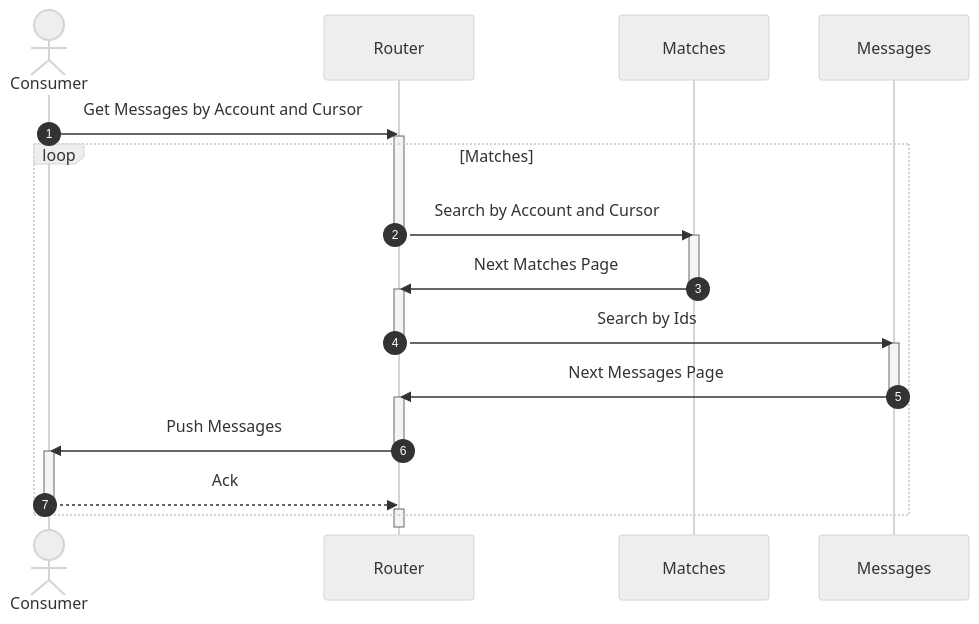
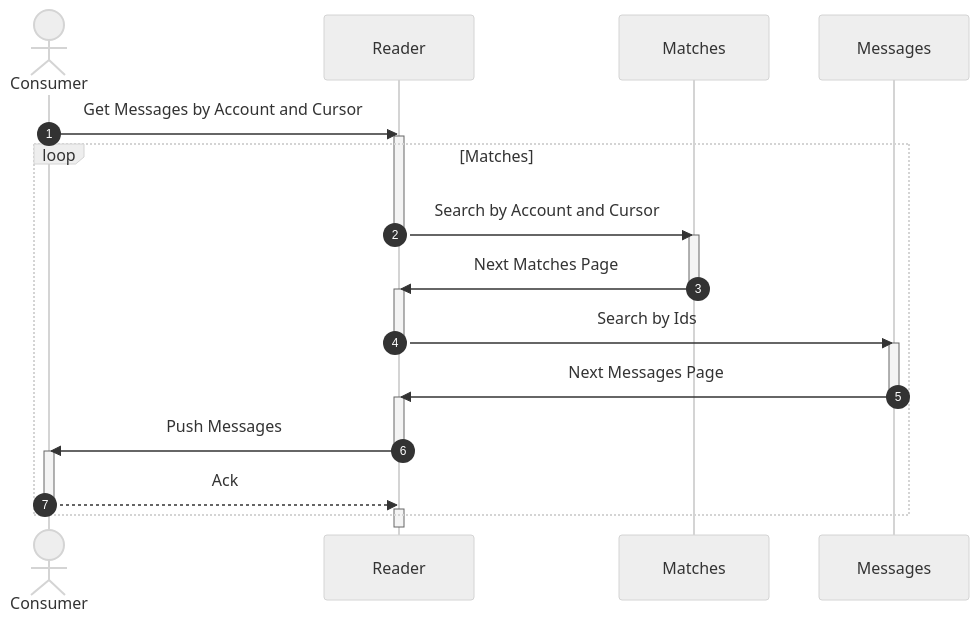
The second of 2 diagrams in profile/README.md (awakari/.github), drawn with Mermaid before and after one commit. The commit also changed other lines of this file, not shown here.

````diff
--- a/profile/README.md
+++ b/profile/README.md
@@ -193,46 +193,46 @@
 ```mermaid
 %%{init: {'theme': 'neutral' } }%%
 sequenceDiagram
 
     autonumber
 
     actor Consumer
-    participant Router
+    participant Reader
     participant Matches
     participant Messages
 
-    Consumer->>Router: Get Messages by Account and Cursor
+    Consumer->>Reader: Get Messages by Account and Cursor
 
-    activate Router
+    activate Reader
     
     loop Matches
     
-        Router->>Matches: Search by Account and Cursor
-        deactivate Router
+        Reader->>Matches: Search by Account and Cursor
+        deactivate Reader
         
         activate Matches
-        Matches->>Router: Next Matches Page
+        Matches->>Reader: Next Matches Page
         deactivate Matches
         
-        activate Router
-        Router->>Messages: Search by Ids
-        deactivate Router
+        activate Reader
+        Reader->>Messages: Search by Ids
+        deactivate Reader
     
         activate Messages
-        Messages->>Router: Next Messages Page
+        Messages->>Reader: Next Messages Page
         deactivate Messages
         
-        activate Router
-        Router->>Consumer: Push Messages
-        deactivate Router
+        activate Reader
+        Reader->>Consumer: Push Messages
+        deactivate Reader
 
         activate Consumer
-        Consumer-->>Router: Ack
+        Consumer-->>Reader: Ack
         deactivate Consumer
         
-        activate Router
+        activate Reader
     
     end
     
-    deactivate Router
+    deactivate Reader
 ```
````
